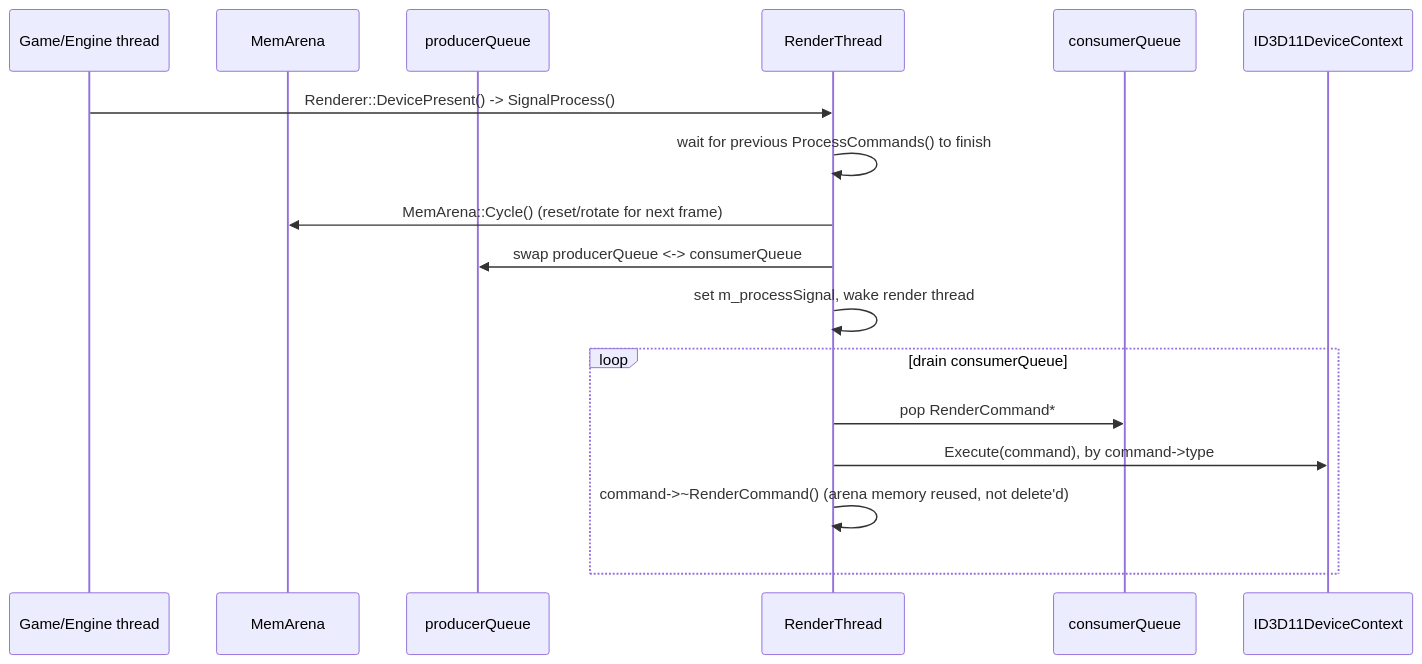
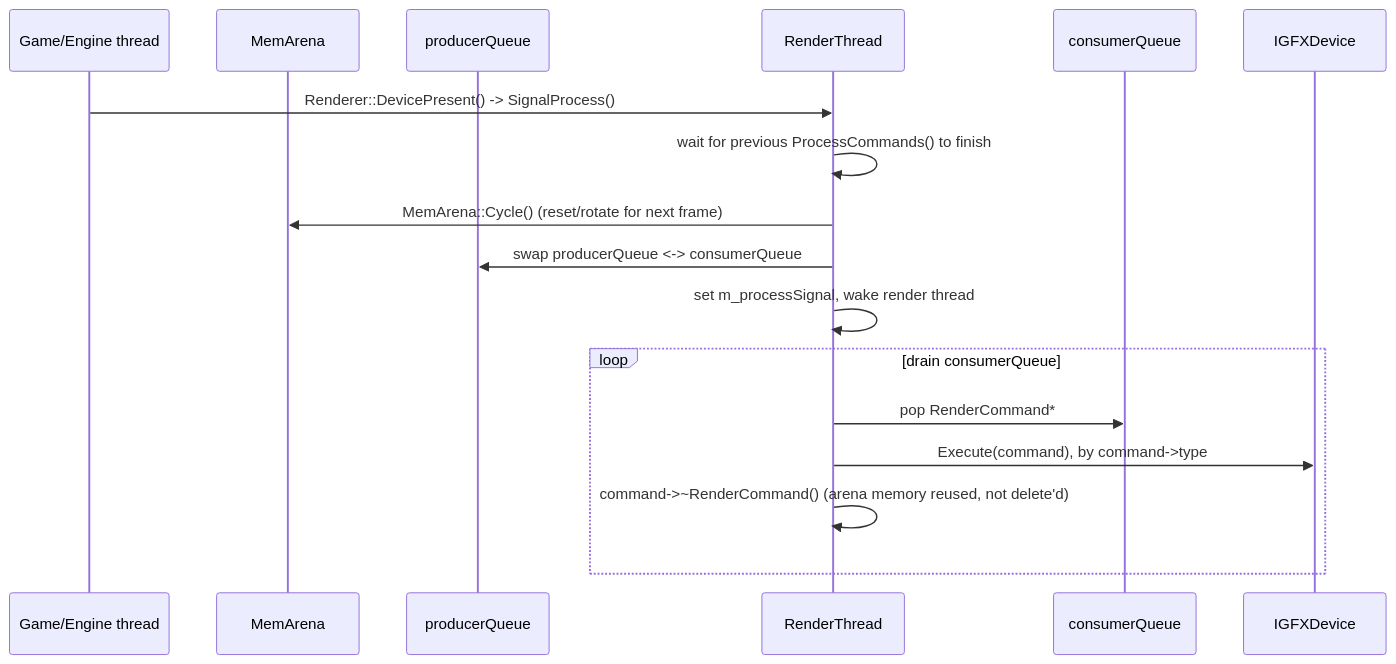
Before and after one commit to b1nary0/RZE: the second of 4 diagrams in Docs/Generated/Engine/04-Rendering/Low-Level-Renderer-Module.md, drawn with Mermaid. The commit also changed other lines of this file and 10 other files, not shown here.

First line of the commit message:
Docs: rendering pages for the RHI and OpenGL; Platforms and Graphics APIs page

````diff
--- a/Docs/Generated/Engine/04-Rendering/Low-Level-Renderer-Module.md
+++ b/Docs/Generated/Engine/04-Rendering/Low-Level-Renderer-Module.md
@@ -35,21 +47,21 @@
 ```mermaid
 %%{init: {'flowchart': {'subGraphTitleMargin': {'top': 6, 'bottom': 10}}, 'themeCSS': '.labelBkg, .edgeLabel { background-color: var(--background-primary) !important; } .messageText, .labelText, .loopText { paint-order: stroke; stroke: var(--background-primary); stroke-width: 5px; stroke-linejoin: round; }'}}%%
 sequenceDiagram
     participant Game as Game/Engine thread
     participant Arena as MemArena
     participant Prod as producerQueue
     participant RT as RenderThread
     participant Cons as consumerQueue
-    participant DX11 as ID3D11DeviceContext
+    participant Dev as IGFXDevice
 
     Game->>RT: Renderer::DevicePresent() -> SignalProcess()
     RT->>RT: wait for previous ProcessCommands() to finish
     RT->>Arena: MemArena::Cycle() (reset/rotate for next frame)
     RT->>Prod: swap producerQueue <-> consumerQueue
     RT->>RT: set m_processSignal, wake render thread
     loop drain consumerQueue
         RT->>Cons: pop RenderCommand*
-        RT->>DX11: Execute(command), by command->type
+        RT->>Dev: Execute(command), by command->type
         RT->>RT: command->~RenderCommand() (arena memory reused, not delete'd)
     end
 ```
````
